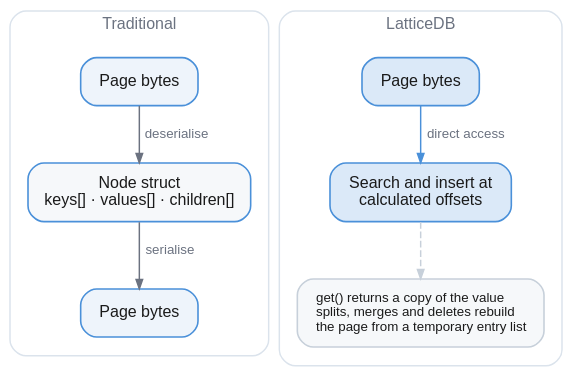
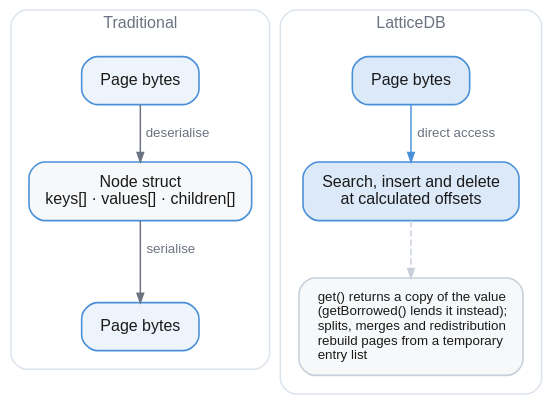
Before and after one commit to jeffhajewski/latticedb: the diagram in book/diagrams/btree-page-access.dot, drawn with Graphviz. The commit also changed 2 other files, not shown here.

Commit message:
Show the flush journal in the engine stack, and stop saying deletes rebuild pages
Every flush of the buffer pool is now copied to <database>-journal before
the pages are written in place, so the stack diagram gains a journal beside
the page manager. Leaf deletes now remove the entry inside the page, so the
two page-access diagrams no longer list deletes among the operations that
rebuild a page from a temporary entry list.

```diff
--- a/book/diagrams/btree-page-access.dot
+++ b/book/diagrams/btree-page-access.dot
@@ -1,40 +1,40 @@
 // Why nodes are a lens over page bytes rather than deserialised structs.
 digraph btree_page_access {
   bgcolor="transparent"
   rankdir=TB
   nodesep=0.4
   ranksep=0.45
   fontname="Helvetica,Arial,sans-serif"
   node [shape=box style="filled,rounded" fillcolor="#eef4fb" color="#4a90d9"
         penwidth=1.2 fontname="Helvetica,Arial,sans-serif" fontsize=12
         fontcolor="#1a1a1a" margin="0.20,0.12"]
   edge [color="#6b7280" penwidth=1.1 arrowsize=0.7
         fontname="Helvetica,Arial,sans-serif" fontsize=10 fontcolor="#6b7280"]
 
   subgraph cluster_traditional {
     label="Traditional"
     fontname="Helvetica,Arial,sans-serif" fontsize=12 fontcolor="#6b7280"
     color="#dbe3ec" penwidth=1.1 style=rounded margin=14
 
     t_in  [label="Page bytes"]
     t_obj [label="Node struct\nkeys[] · values[] · children[]" fillcolor="#f6f8fa"]
     t_out [label="Page bytes"]
 
     t_in  -> t_obj [label="  deserialise"]
     t_obj -> t_out [label="  serialise"]
   }
 
   subgraph cluster_lattice {
     label="LatticeDB"
     fontname="Helvetica,Arial,sans-serif" fontsize=12 fontcolor="#6b7280"
     color="#dbe3ec" penwidth=1.1 style=rounded margin=14
 
     l_in  [label="Page bytes" fillcolor="#dbe9f8"]
-    l_out [label="Search and insert at\ncalculated offsets" fillcolor="#dbe9f8"]
-    l_note [label="get() returns a copy of the value\lsplits, merges and deletes rebuild\lthe page from a temporary entry list\l"
+    l_out [label="Search, insert and delete\nat calculated offsets" fillcolor="#dbe9f8"]
+    l_note [label="get() returns a copy of the value\l(getBorrowed() lends it instead);\lsplits, merges and redistribution\lrebuild pages from a temporary\lentry list\l"
             fillcolor="#f6f8fa" color="#c7d0da" fontsize=10]
 
     l_in -> l_out [label="  direct access" color="#4a90d9"]
     l_out -> l_note [style=dashed color="#c7d0da"]
   }
 }
```
